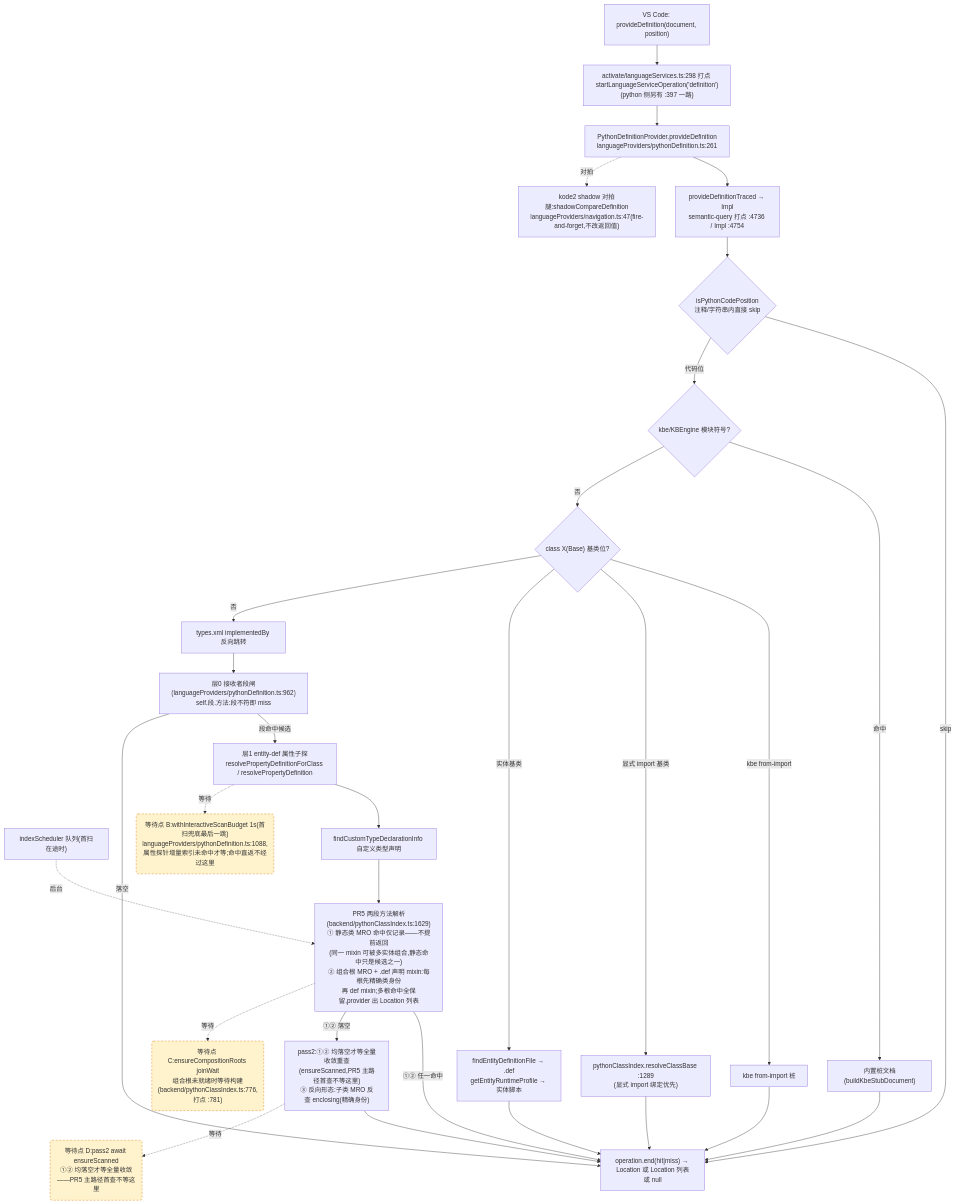
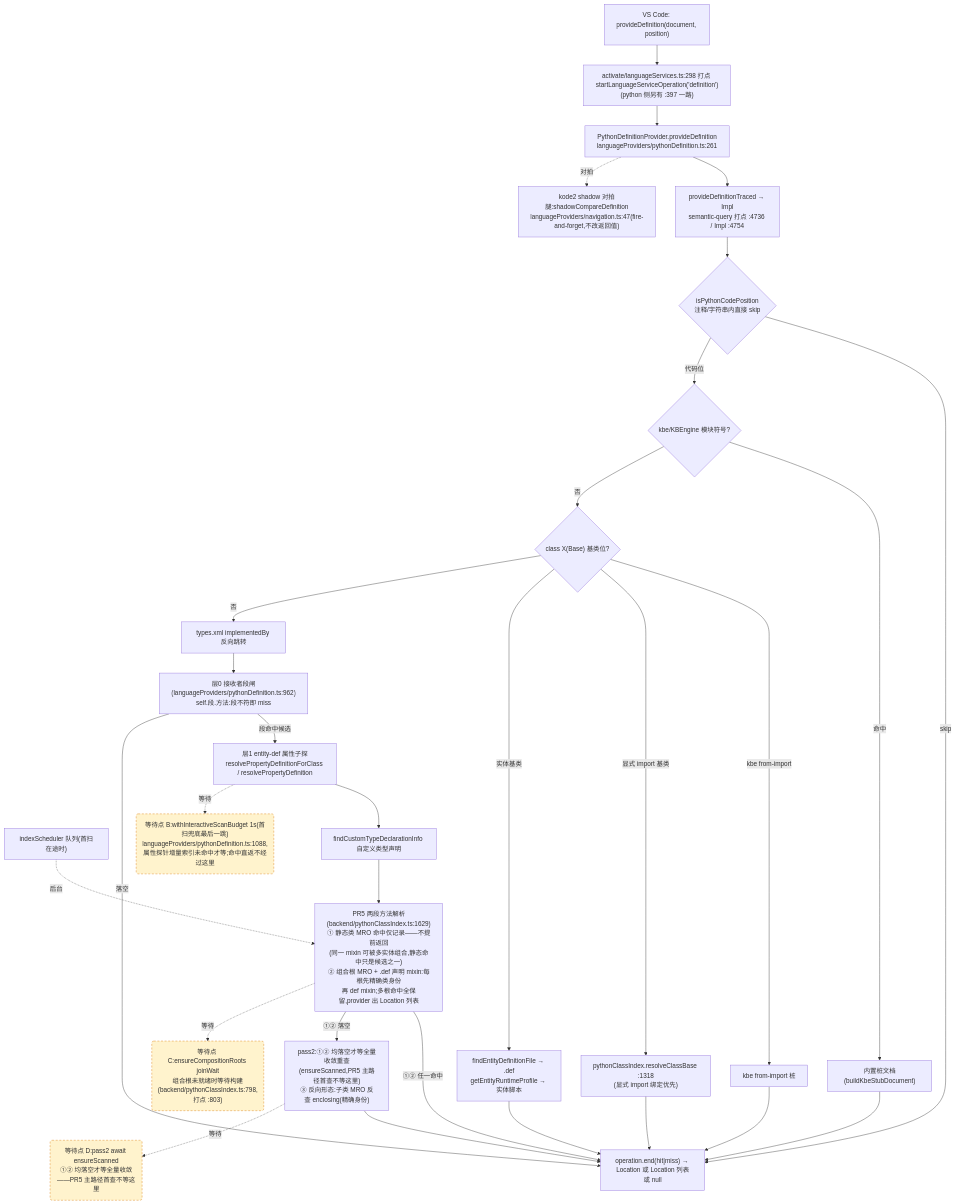
One commit to cuihairu/kode changed the second of 4 diagrams in docs/perf/2026-baseline.md. Above: the diagram before and after it, drawn with Mermaid. The commit also changed other lines of this file and 7 other files, not shown here.

````diff
--- a/docs/perf/2026-baseline.md
+++ b/docs/perf/2026-baseline.md
@@ -154,51 +155,51 @@
 ```mermaid
 flowchart TD
   VC2["VS Code: provideDefinition(document, position)"]
   M2["activate/languageServices.ts:298 打点 startLanguageServiceOperation('definition')<br/>(python 侧另有 :397 一路)"]
   AD2["PythonDefinitionProvider.provideDefinition<br/>languageProviders/pythonDefinition.ts:261"]
   TR["provideDefinitionTraced → Impl<br/>semantic-query 打点 :4736 / Impl :4754"]
   CTX{"isPythonCodePosition<br/>注释/字符串内直接 skip"}
   KBE{"kbe/KBEngine 模块符号?"}
   STUB["内置桩文档(buildKbeStubDocument)"]
   CB{"class X(Base) 基类位?"}
   CB1["kbe from-import 桩"]
-  CB2["pythonClassIndex.resolveClassBase :1289<br/>(显式 import 绑定优先)"]
+  CB2["pythonClassIndex.resolveClassBase :1318<br/>(显式 import 绑定优先)"]
   CB3["findEntityDefinitionFile → .def<br/>getEntityRuntimeProfile → 实体脚本"]
   REV["types.xml implementedBy 反向跳转"]
   L0["层0 接收者段闸(languageProviders/pythonDefinition.ts:962)<br/>self.段.方法:段不符即 miss"]
   L1["层1 entity-def 属性子探<br/>resolvePropertyDefinitionForClass / resolvePropertyDefinition"]
   SCAN["indexScheduler 队列(首扫在途时)"]
   TY["findCustomTypeDeclarationInfo 自定义类型声明"]
   MRO["PR5 两段方法解析(backend/pythonClassIndex.ts:1629)<br/>① 静态类 MRO 命中仅记录——不提前返回<br/>(同一 mixin 可被多实体组合,静态命中只是候选之一)<br/>② 组合根 MRO + .def 声明 mixin:每根先精确类身份<br/>再 def mixin;多根命中全保留,provider 出 Location 列表"]
   PASS2["pass2:①② 均落空才等全量收敛重查<br/>(ensureScanned,PR5 主路径首查不等这里)<br/>③ 反向形态:子类 MRO 反查 enclosing(精确身份)"]
   SHD["kode2 shadow 对拍腿:shadowCompareDefinition<br/>languageProviders/navigation.ts:47(fire-and-forget,不改返回值)"]
   END2["operation.end(hit|miss) → Location 或 Location 列表或 null"]
 
   VC2 --> M2 --> AD2 --> TR --> CTX
   CTX -- "skip" --> END2
   CTX -- "代码位" --> KBE
   KBE -- "命中" --> STUB --> END2
   KBE -- "否" --> CB
   CB -- "kbe from-import" --> CB1 --> END2
   CB -- "显式 import 基类" --> CB2 --> END2
   CB -- "实体基类" --> CB3 --> END2
   CB -- "否" --> REV --> L0
   L0 -- "段命中候选" --> L1
   L0 -- "落空" --> END2
   L1 --> TY
   TY --> MRO
   MRO -- "①② 任一命中" --> END2
   MRO -- "①② 落空" --> PASS2 --> END2
   AD2 -.->|对拍| SHD
 
   WAITB("等待点 B:withInteractiveScanBudget 1s(首扫兜底最后一跳)<br/>languageProviders/pythonDefinition.ts:1088,属性探针增量索引未命中才等;命中直返不经过这里")
-  WAITC("等待点 C:ensureCompositionRoots joinWait<br/>组合根未就绪时等待构建(backend/pythonClassIndex.ts:776,打点 :781)")
+  WAITC("等待点 C:ensureCompositionRoots joinWait<br/>组合根未就绪时等待构建(backend/pythonClassIndex.ts:798,打点 :803)")
   WAITD("等待点 D:pass2 await ensureScanned<br/>①② 均落空才等全量收敛——PR5 主路径首查不等这里")
   L1 -.->|等待| WAITB
   MRO -.->|等待| WAITC
   PASS2 -.->|等待| WAITD
   SCAN -.->|后台| MRO
 
   classDef waitPoint fill:#fff3cd,stroke:#d97706,stroke-dasharray:5 4;
   class WAITB,WAITC,WAITD waitPoint;
 ```
````
